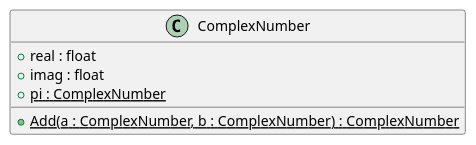
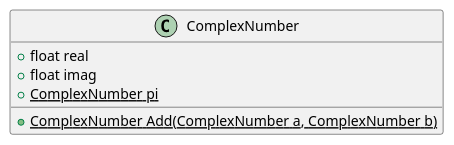
Before and after one commit to ZhiZe-ZG/UMLLesson: the seventh of 13 diagrams in PlantUML/Lesson02.md, drawn with PlantUML. The commit also changed other lines of this file and 1 other file, not shown here.

````diff
--- a/PlantUML/Lesson02.md
+++ b/PlantUML/Lesson02.md
@@ -86,8 +86,8 @@
 ```PlantUML
 class ComplexNumber{
-    + real : float
-    + imag : float
-    + {static} pi : ComplexNumber
-    + {static} Add(a : ComplexNumber, b : ComplexNumber) : ComplexNumber
+    + float real
+    + float imag
+    + {static} ComplexNumber pi 
+    + {static} ComplexNumber Add(ComplexNumber a, ComplexNumber b)
 }
 ```
````
